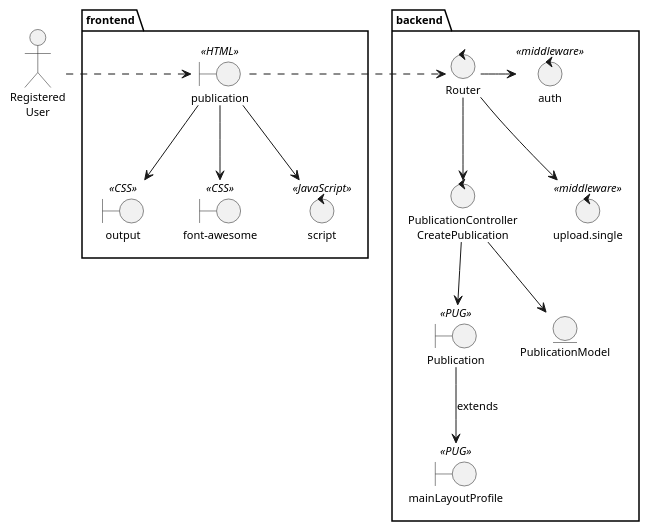
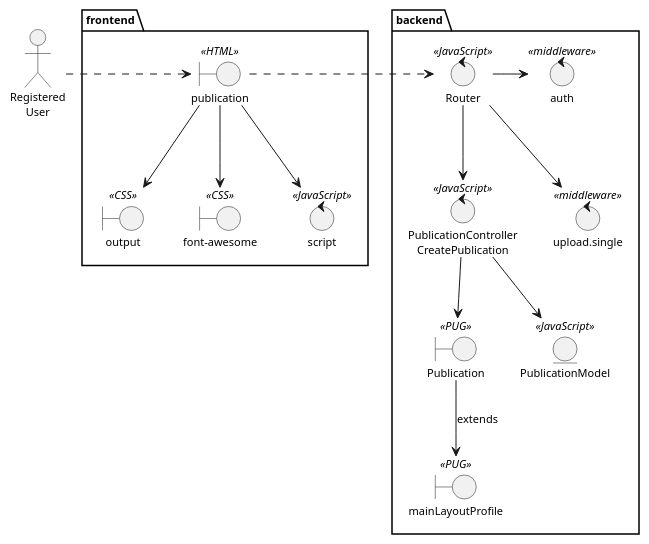
The diagram in logicalView/designView/express/usecaseDesign/designClassDiagramUC7.plantuml (mpaulaherrero/tesis-frameworks-backend-diagrams), drawn with PlantUML before and after one commit. The commit also changed 2 other files, not shown here.

Commit message:
<< JavaScript >>

```diff
--- a/logicalView/designView/express/usecaseDesign/designClassDiagramUC7.plantuml
+++ b/logicalView/designView/express/usecaseDesign/designClassDiagramUC7.plantuml
@@ -1,38 +1,38 @@
 @startuml
 skinparam style strictuml
 skinparam defaultTextAlignment center
 skinparam defaultFontSize 11
 
 actor "Registered\nUser" as UserReg
 
 ' This is a comment on a single line
 package backend {
     boundary "Publication" as PublicationDetailView << PUG >>
     boundary "mainLayoutProfile" as mainLayoutProfileView << PUG >>
-    control "PublicationController\nCreatePublication" as CreatePublicationController
-    control Router
+    control "PublicationController\nCreatePublication" as CreatePublicationController << JavaScript >>
+    control Router << JavaScript >>
     control auth << middleware >>
     control "upload.single" as uploadSingle << middleware >>
-    entity PublicationModel
+    entity PublicationModel << JavaScript >>
 }
 
 package frontend {
     boundary "publication" as PublicationHtml << HTML >>
     boundary "output" as outputCss << CSS >>
     boundary "font-awesome" as fontCss << CSS >>
     control script << JavaScript >>
 }
 
 UserReg .r.> PublicationHtml
 PublicationHtml -d-> outputCss
 PublicationHtml -d-> fontCss
 PublicationHtml -d-> script
 PublicationHtml .r.> Router
 Router -> auth
 Router -d-> uploadSingle
 Router -d-> CreatePublicationController
 CreatePublicationController -d-> PublicationDetailView
 CreatePublicationController -d-> PublicationModel
 PublicationDetailView -d-> mainLayoutProfileView: extends
 
 @enduml
```
